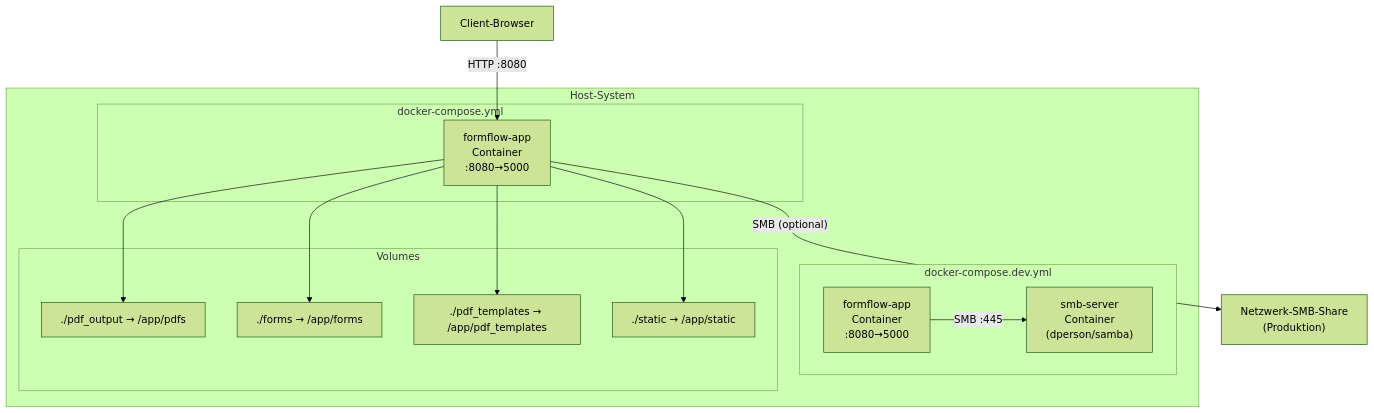
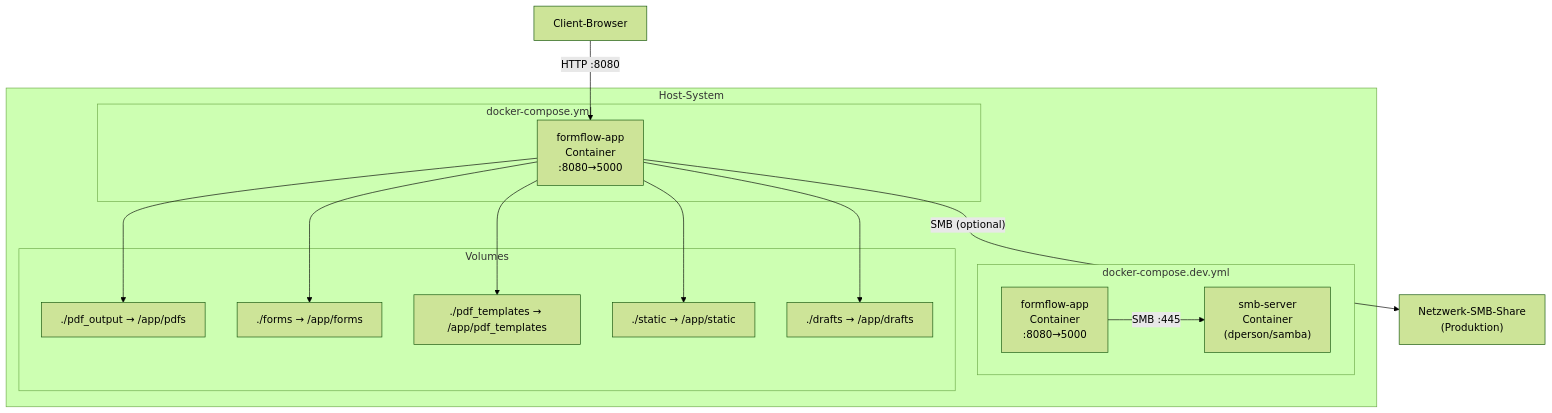
Before and after one commit to jancwe/formflow: the fourth of 7 diagrams in wiki/Architektur.md, drawn with Mermaid (forest theme). The commit also changed other lines of this file and 3 other files, not shown here.

````diff
--- a/wiki/Architektur.md
+++ b/wiki/Architektur.md
@@ -213,31 +220,33 @@
 ```mermaid
 graph TD
     subgraph Host-System
         subgraph Produktions-Stack["docker-compose.yml"]
             AppProd["formflow-app\nContainer\n:8080→5000"]
         end
 
         subgraph Dev-Stack["docker-compose.dev.yml"]
             AppDev["formflow-app\nContainer\n:8080→5000"]
             SmbDev["smb-server\nContainer\n(dperson/samba)"]
             AppDev -- "SMB :445" --> SmbDev
         end
 
         subgraph Volumes
             V1["./pdf_output → /app/pdfs"]
             V2["./forms → /app/forms"]
             V3["./pdf_templates → /app/pdf_templates"]
             V4["./static → /app/static"]
+            V5["./drafts → /app/drafts"]
         end
     end
 
     Client["Client-Browser"]
     NetSMB["Netzwerk-SMB-Share\n(Produktion)"]
 
     Client -- "HTTP :8080" --> AppProd
     AppProd --> V1
     AppProd --> V2
     AppProd --> V3
     AppProd --> V4
+    AppProd --> V5
     AppProd -- "SMB (optional)" --> NetSMB
 ```
````
